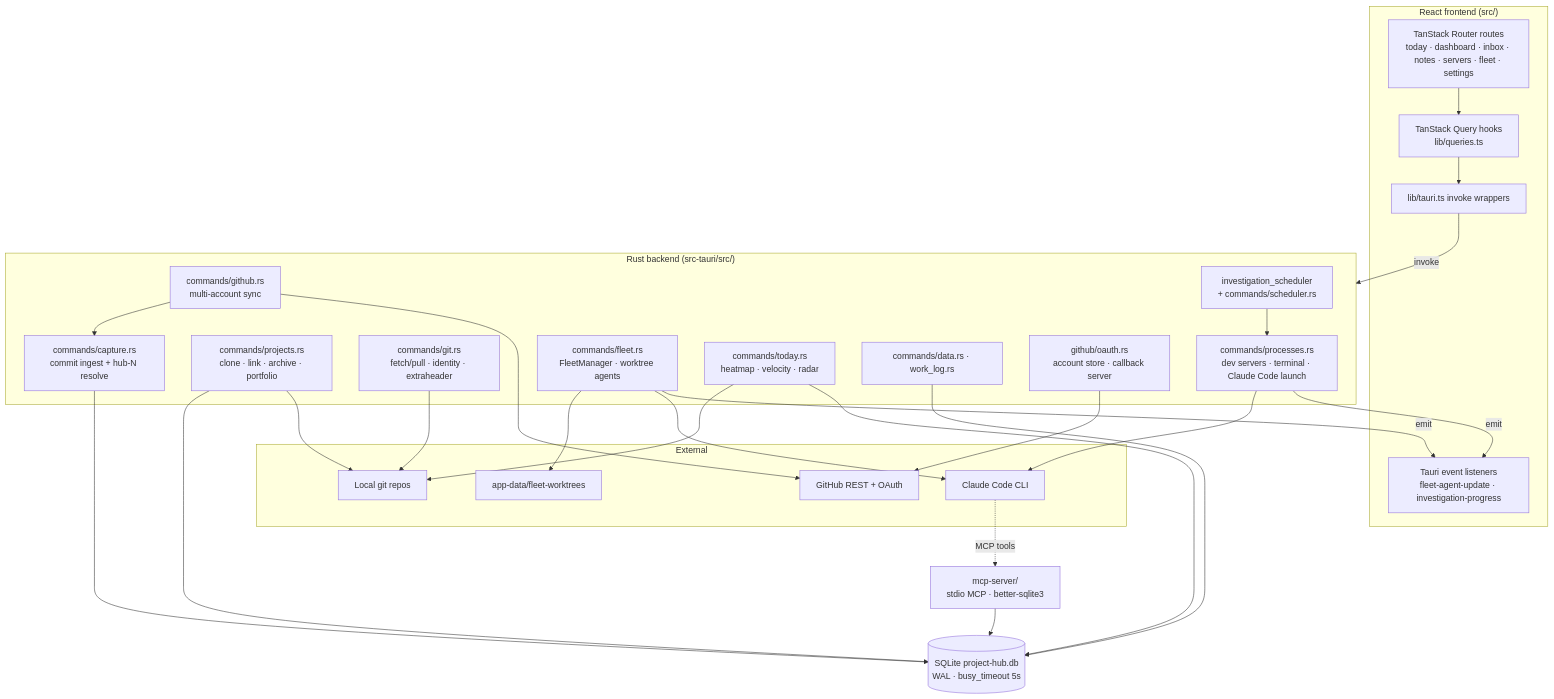
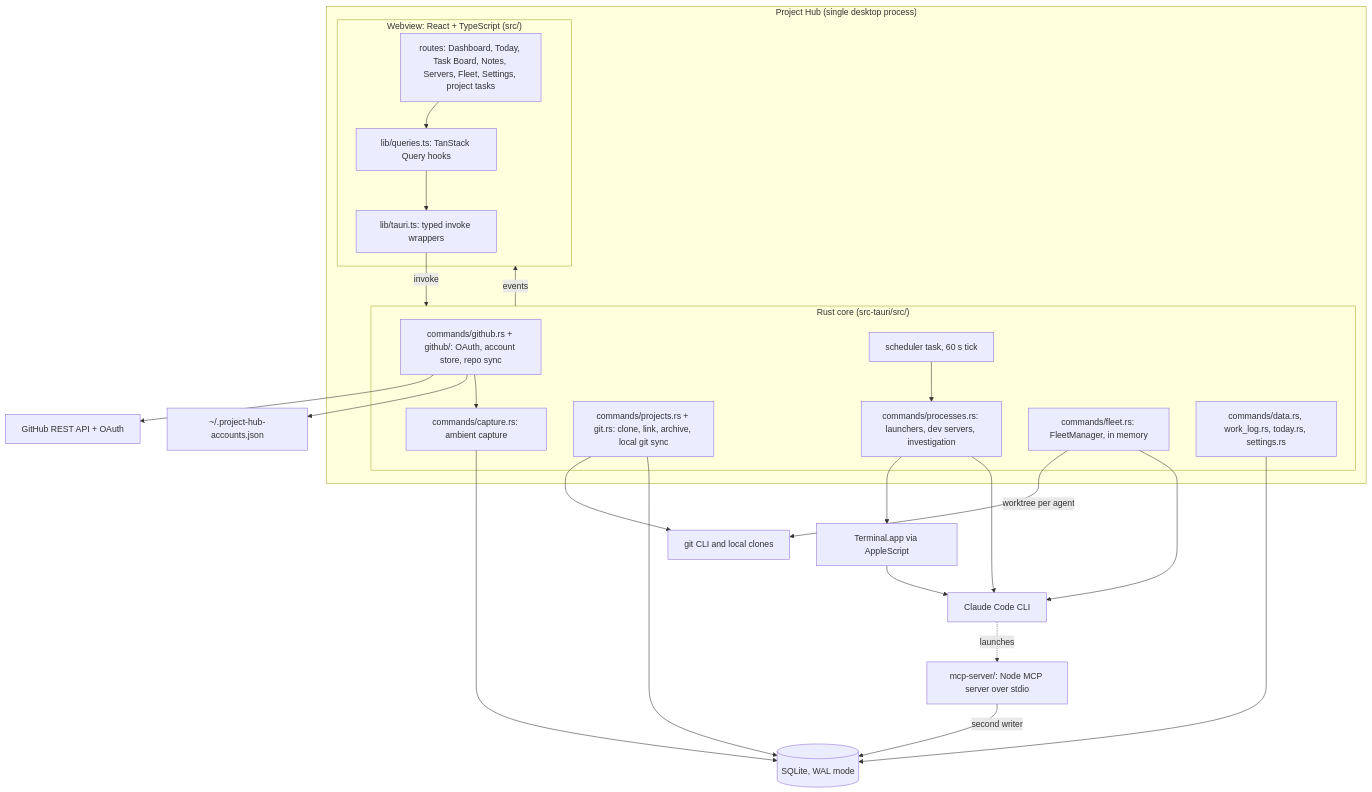
One commit to Technical-1/All-About-Me changed the diagram in public/data/portfolio/Project-Hub/architecture.md. Above: the diagram before and after it, drawn with Mermaid. The commit also changed other lines of this file and 15 other files, not shown here.

````diff
--- a/public/data/portfolio/Project-Hub/architecture.md
+++ b/public/data/portfolio/Project-Hub/architecture.md
@@ -5,51 +5,44 @@
 ```mermaid
 flowchart TD
-    subgraph Frontend["React frontend (src/)"]
-        R["TanStack Router routes<br/>today · dashboard · inbox · notes · servers · fleet · settings"]
-        Q[TanStack Query hooks<br/>lib/queries.ts]
-        IPC[lib/tauri.ts invoke wrappers]
-        EV[Tauri event listeners<br/>fleet-agent-update · investigation-progress]
+    subgraph App["Project Hub (single desktop process)"]
+        subgraph Webview["Webview: React + TypeScript (src/)"]
+            R[routes: Dashboard, Today, Task Board, Notes, Servers, Fleet, Settings, project tasks]
+            Q[lib/queries.ts: TanStack Query hooks]
+            IPC[lib/tauri.ts: typed invoke wrappers]
+        end
+        subgraph Core["Rust core (src-tauri/src/)"]
+            GHC[commands/github.rs + github/: OAuth, account store, repo sync]
+            CAP[commands/capture.rs: ambient capture]
+            PRJ[commands/projects.rs + git.rs: clone, link, archive, local git sync]
+            PROC[commands/processes.rs: launchers, dev servers, investigation]
+            FLEET[commands/fleet.rs: FleetManager, in memory]
+            SCHED[scheduler task, 60 s tick]
+            DATA[commands/data.rs, work_log.rs, today.rs, settings.rs]
+        end
     end
 
-    subgraph Backend["Rust backend (src-tauri/src/)"]
-        GHC[commands/github.rs<br/>multi-account sync]
-        CAP[commands/capture.rs<br/>commit ingest + hub-N resolve]
-        PRJ[commands/projects.rs<br/>clone · link · archive · portfolio]
-        GIT[commands/git.rs<br/>fetch/pull · identity · extraheader]
-        PROC[commands/processes.rs<br/>dev servers · terminal · Claude Code launch]
-        FLEET[commands/fleet.rs<br/>FleetManager · worktree agents]
-        SCHED[investigation_scheduler<br/>+ commands/scheduler.rs]
-        TODAY[commands/today.rs<br/>heatmap · velocity · radar]
-        DATA[commands/data.rs · work_log.rs]
-        OAUTH[github/oauth.rs<br/>account store · callback server]
-    end
+    DB[(SQLite, WAL mode)]
+    MCP[mcp-server/: Node MCP server over stdio]
+    GH[GitHub REST API + OAuth]
+    GIT[git CLI and local clones]
+    CC[Claude Code CLI]
+    TERM[Terminal.app via AppleScript]
+    ACCT[~/.project-hub-accounts.json]
 
-    DB[(SQLite project-hub.db<br/>WAL · busy_timeout 5s)]
-    MCP[mcp-server/<br/>stdio MCP · better-sqlite3]
-
-    subgraph External
-        GHAPI[GitHub REST + OAuth]
-        REPOS[Local git repos]
-        CLI[Claude Code CLI]
-        WT[app-data/fleet-worktrees]
-    end
-
-    R --> Q --> IPC -->|invoke| Backend
-    FLEET -->|emit| EV
-    PROC -->|emit| EV
-    GHC --> GHAPI
-    OAUTH --> GHAPI
+    R --> Q --> IPC
+    IPC -->|invoke| Core
+    Core -->|events| Webview
+    GHC --> GH
+    GHC --> ACCT
     GHC --> CAP --> DB
-    PRJ --> REPOS
-    GIT --> REPOS
-    PROC --> CLI
-    FLEET --> CLI
-    FLEET --> WT
+    DATA --> DB
+    PRJ --> GIT
+    PRJ --> DB
+    PROC --> TERM --> CC
+    PROC --> CC
+    FLEET -->|worktree per agent| GIT
+    FLEET --> CC
     SCHED --> PROC
-    TODAY --> DB
-    TODAY --> REPOS
-    DATA --> DB
-    PRJ --> DB
-    MCP --> DB
-    CLI -.MCP tools.-> MCP
+    CC -. launches .-> MCP
+    MCP -->|second writer| DB
 ```
````
